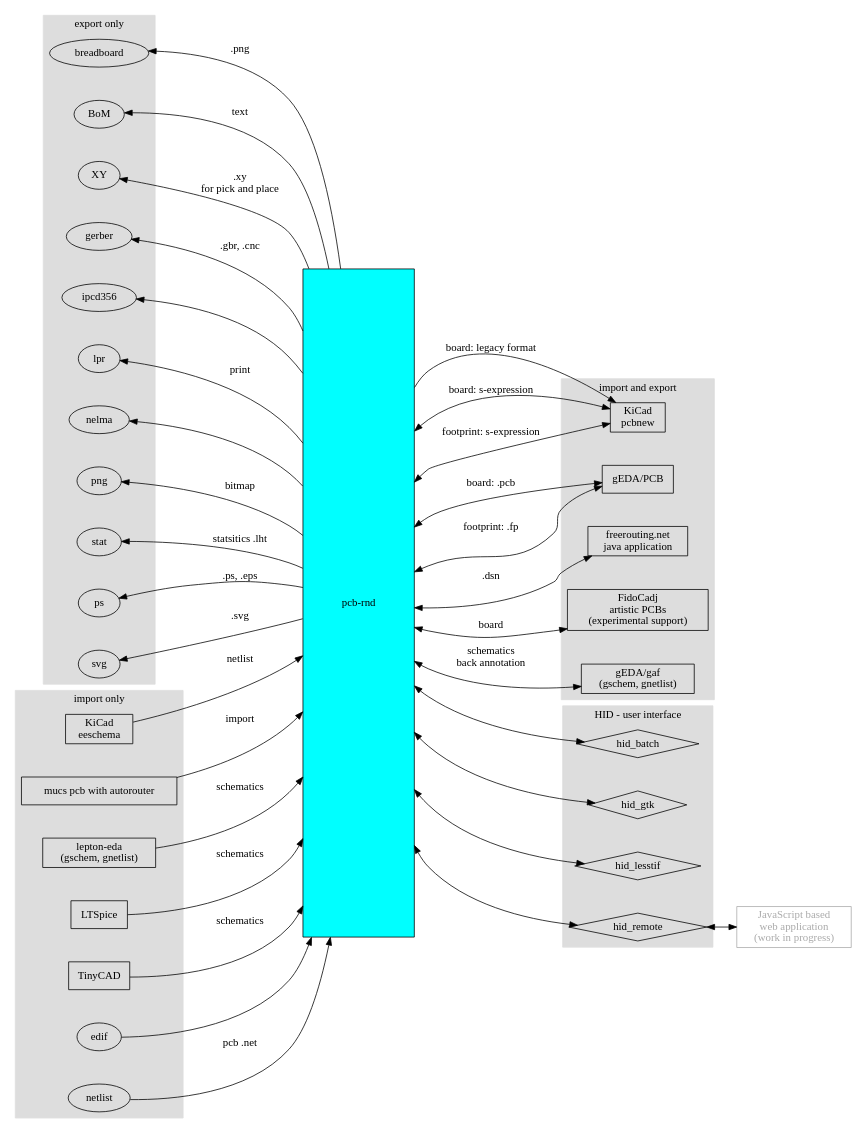
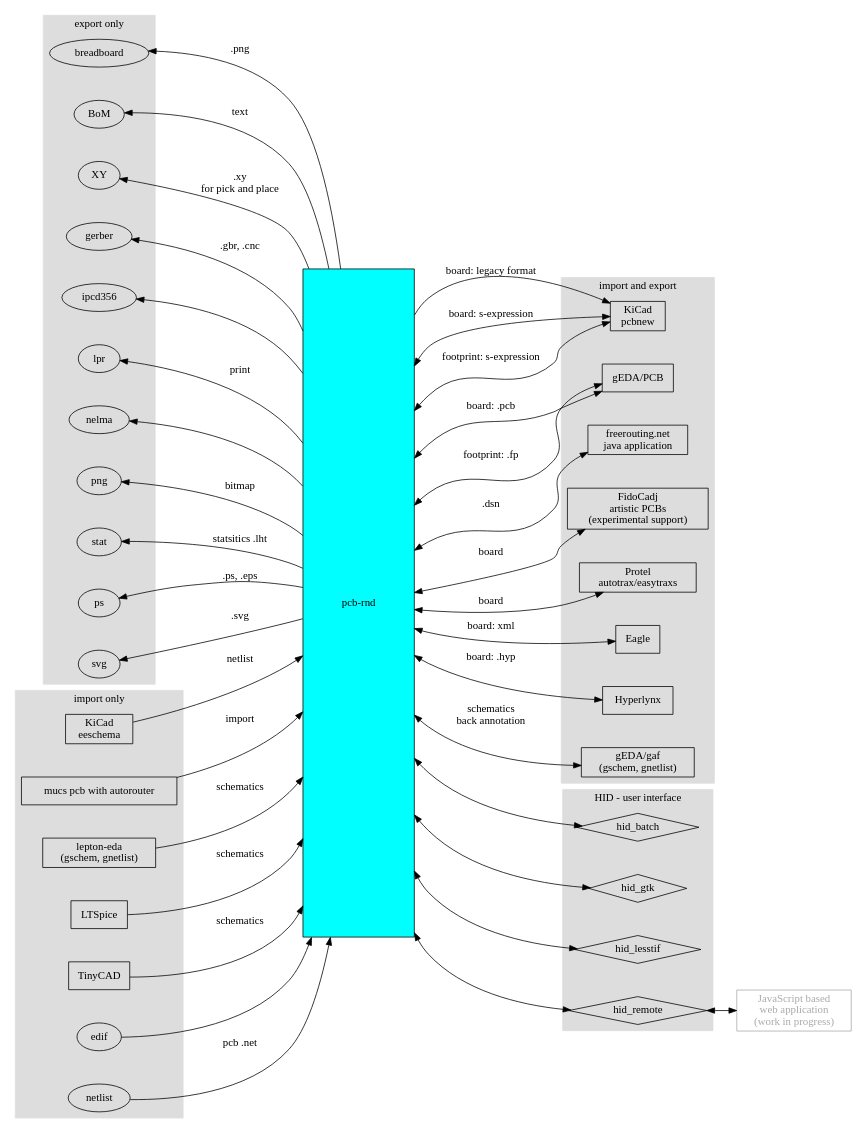
The diagram in doc/developer/bridges/bridges.dot (NoSuchProcess/pcb-rnd), drawn with Graphviz before and after one commit. The commit also changed 1 other file, not shown here.

```diff
--- a/doc/developer/bridges/bridges.dot
+++ b/doc/developer/bridges/bridges.dot
@@ -1,113 +1,122 @@
 digraph gr {
 	rankdir=LR
 	nodesep=0.6
 	
 	pcbrnd [label="pcb-rnd" style=filled fillcolor=cyan shape=box height=12 width=2]
 	kicad [label="KiCad\npcbnew" shape=box]
 	eeschema [label="KiCad\neeschema" shape=box]
 	pcb [label="gEDA/PCB" shape=box]
 	freerouting [label="freerouting.net\njava application" shape=box]
 	mucs [label="mucs pcb with autorouter" shape=box]
 	gEDA [label="gEDA/gaf\n(gschem, gnetlist)" shape=box]
 	lepton [label="lepton-eda\n(gschem, gnetlist)" shape=box]
 	ltspice [label="LTSpice" shape=box]
 	tinycad [label="TinyCAD" shape=box]
 	web [label="JavaScript based\nweb application\n(work in progress)" shape=box color="#aaaaaa" fontcolor="#aaaaaa"]
 	fidocadj [label="FidoCadj\nartistic PCBs\n(experimental support)" shape=box]
+	autotrax [label="Protel\nautotrax/easytraxs\n" shape=box]
+	eagle [label="Eagle" shape=box]
+	hyp [label="Hyperlynx" shape=box]
 
 	subgraph cluster_HID {
 		label = "HID - user interface"
 		style=filled
 		color="#dddddd"
 
 		batch   [label="hid_batch" shape=diamond]
 		gtk     [label="hid_gtk" shape=diamond]
 		lesstif [label="hid_lesstif" shape=diamond]
 		remote  [label="hid_remote" shape=diamond]
 	}
 
 	subgraph cluster_import {
 		label = "import only"
 		style=filled
 		color="#dddddd"
 
 		lepton
 		mucs
 		edif
 		ltspice
 		netlist
 		tinycad
 		eeschema
 	}
 
 	subgraph cluster_export {
 		label = "export only"
 		style=filled
 		color="#dddddd"
 
 		breadboard
 		BoM
 		XY
 		gerber
 		ipcd356
 		lpr
 		nelma
 		png
 		ps
 		stat
 		svg
 	}
 
 	subgraph cluster_ie {
 		label = "import and export"
 		style=filled
 		color="#dddddd"
 
 		gEDA
 		kicad
 		pcb
 		freerouting
 		fidocadj
+		autotrax
+		eagle
+		hyp
 	}
 
 	pcbrnd -> kicad [label="board: legacy format"]
 	pcbrnd -> kicad [label="board: s-expression" dir=both]
 	pcbrnd -> kicad [label="footprint: s-expression" dir=both]
 	pcbrnd -> fidocadj [label="board" dir=both]
+	pcbrnd -> autotrax [label="board" dir=both]
+	pcbrnd -> eagle [label="board: xml" dir=both]
+	pcbrnd -> hyp [label="board: .hyp" dir=both]
 
 	eeschema -> pcbrnd [label="netlist"]
 
 	pcbrnd -> pcb [label="board: .pcb" dir=both]
 	pcbrnd -> pcb [label="footprint: .fp" dir=both]
 
 	pcbrnd -> freerouting [label=".dsn" dir=both]
 	mucs -> pcbrnd [label="import"]
 
 	pcbrnd -> breadboard [label=".png"]
 	pcbrnd -> BoM [label="text"]
 	pcbrnd -> XY [label=".xy\nfor pick and place"]
 	pcbrnd -> gerber [label=".gbr, .cnc"]
 	pcbrnd -> ipcd356
 	pcbrnd -> lpr [label="print"]
 	pcbrnd -> nelma
 	pcbrnd -> png [label="bitmap"]
 	pcbrnd -> ps [label=".ps, .eps"]
 	pcbrnd -> stat [label="statsitics .lht"]
 	pcbrnd -> svg [label=".svg"]
 
 	edif -> pcbrnd
 	ltspice -> pcbrnd [label="schematics"]
 	netlist -> pcbrnd [label="pcb .net"]
 	lepton -> pcbrnd [label="schematics"]
 	gEDA -> pcbrnd [label="schematics\nback annotation" dir=both]
 	tinycad -> pcbrnd [label="schematics"]
 
 	pcbrnd -> batch [dir=both]
 	pcbrnd -> gtk [dir=both]
 	pcbrnd -> lesstif [dir=both]
 	pcbrnd -> remote [dir=both]
 
 	remote -> web [dir=both]
 
 	ps -> pcbrnd [weight=1000 style=invis]
 }
```
